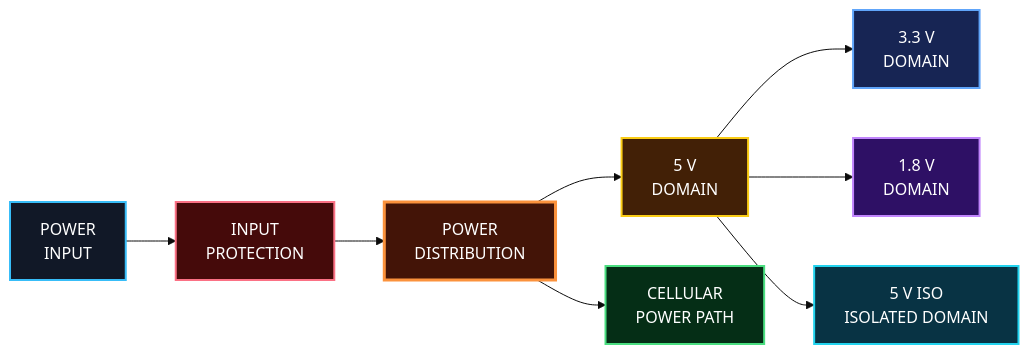
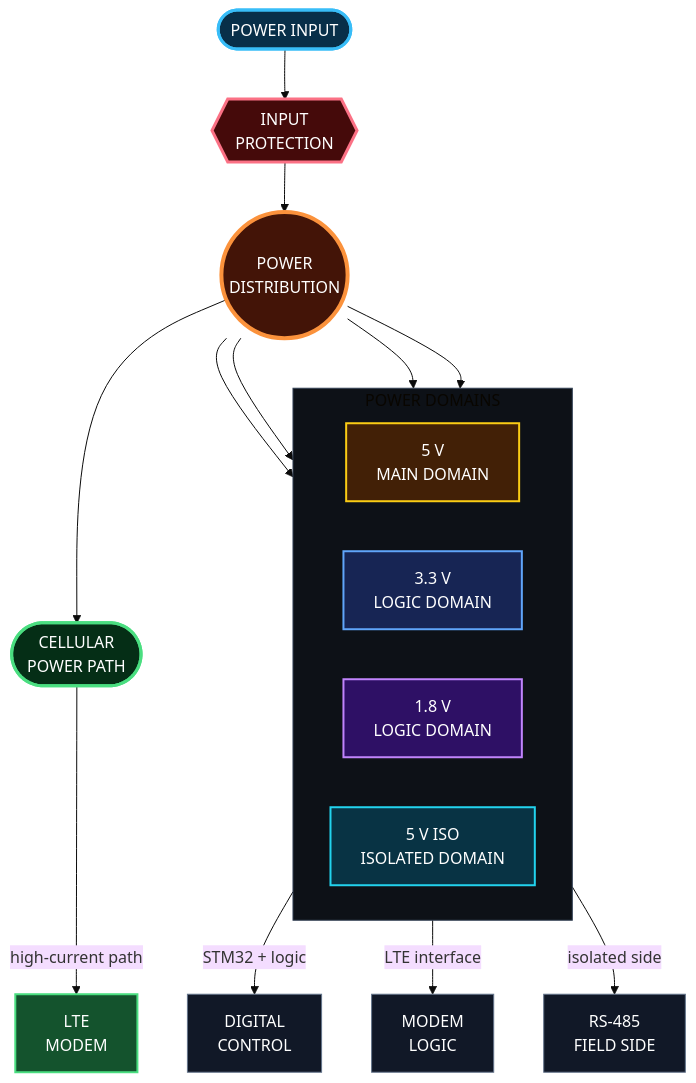
One commit to bk201-dev/industrial-edge-monitoring-platform changed the second of 7 diagrams in engineering/README.md. Above: the diagram before and after it, drawn with Mermaid (base theme).

````diff
--- a/engineering/README.md
+++ b/engineering/README.md
@@ -87,31 +87,47 @@
 ```mermaid
-flowchart LR
+flowchart TB
 
-    INPUT["POWER<br/>INPUT"]:::input
-    PROT["INPUT<br/>PROTECTION"]:::protect
-    PWR["POWER<br/>DISTRIBUTION"]:::main
+    INPUT(["POWER INPUT"]):::input
+    PROTECT{{"INPUT<br/>PROTECTION"}}:::protect
+    HUB(("POWER<br/>DISTRIBUTION")):::hub
 
-    V5["5 V<br/>DOMAIN"]:::v5
-    V33["3.3 V<br/>DOMAIN"]:::v33
-    V18["1.8 V<br/>DOMAIN"]:::v18
-    ISO["5 V ISO<br/>ISOLATED DOMAIN"]:::iso
-    LTE["CELLULAR<br/>POWER PATH"]:::lte
+    INPUT --> PROTECT
+    PROTECT --> HUB
 
-    INPUT --> PROT --> PWR
+    subgraph RAILS["POWER DOMAINS"]
+        direction LR
 
-    PWR --> V5
-    V5 --> V33
-    V5 --> V18
-    V5 --> ISO
-    PWR --> LTE
+        V5["5 V<br/>MAIN DOMAIN"]:::v5
+        V33["3.3 V<br/>LOGIC DOMAIN"]:::v33
+        V18["1.8 V<br/>LOGIC DOMAIN"]:::v18
+        ISO["5 V ISO<br/>ISOLATED DOMAIN"]:::iso
+    end
 
-    classDef input fill:#111827,stroke:#38BDF8,color:#FFFFFF,stroke-width:2px;
-    classDef protect fill:#450A0A,stroke:#FB7185,color:#FFFFFF,stroke-width:2px;
-    classDef main fill:#431407,stroke:#FB923C,color:#FFFFFF,stroke-width:3px;
+    CELL(["CELLULAR<br/>POWER PATH"]):::cell
+
+    HUB --> V5
+    HUB --> V33
+    HUB --> V18
+    HUB --> ISO
+    HUB --> CELL
+
+    V33 -->|"STM32 + logic"| MCU["DIGITAL<br/>CONTROL"]:::load
+    V18 -->|"LTE interface"| MODEM["MODEM<br/>LOGIC"]:::load
+    ISO -->|"isolated side"| RS["RS-485<br/>FIELD SIDE"]:::load
+    CELL -->|"high-current path"| LTE["LTE<br/>MODEM"]:::lte
+
+    classDef input fill:#082F49,stroke:#38BDF8,color:#FFFFFF,stroke-width:3px;
+    classDef protect fill:#450A0A,stroke:#FB7185,color:#FFFFFF,stroke-width:3px;
+    classDef hub fill:#431407,stroke:#FB923C,color:#FFFFFF,stroke-width:4px;
 
     classDef v5 fill:#422006,stroke:#FACC15,color:#FFFFFF,stroke-width:2px;
     classDef v33 fill:#172554,stroke:#60A5FA,color:#FFFFFF,stroke-width:2px;
     classDef v18 fill:#2E1065,stroke:#C084FC,color:#FFFFFF,stroke-width:2px;
     classDef iso fill:#083344,stroke:#22D3EE,color:#FFFFFF,stroke-width:2px;
-    classDef lte fill:#052E16,stroke:#4ADE80,color:#FFFFFF,stroke-width:2px;
+
+    classDef cell fill:#052E16,stroke:#4ADE80,color:#FFFFFF,stroke-width:3px;
+    classDef load fill:#111827,stroke:#64748B,color:#FFFFFF,stroke-width:1px;
+    classDef lte fill:#14532D,stroke:#4ADE80,color:#FFFFFF,stroke-width:2px;
+
+    style RAILS fill:#0D1117,stroke:#334155,stroke-width:1px
 ```
````
